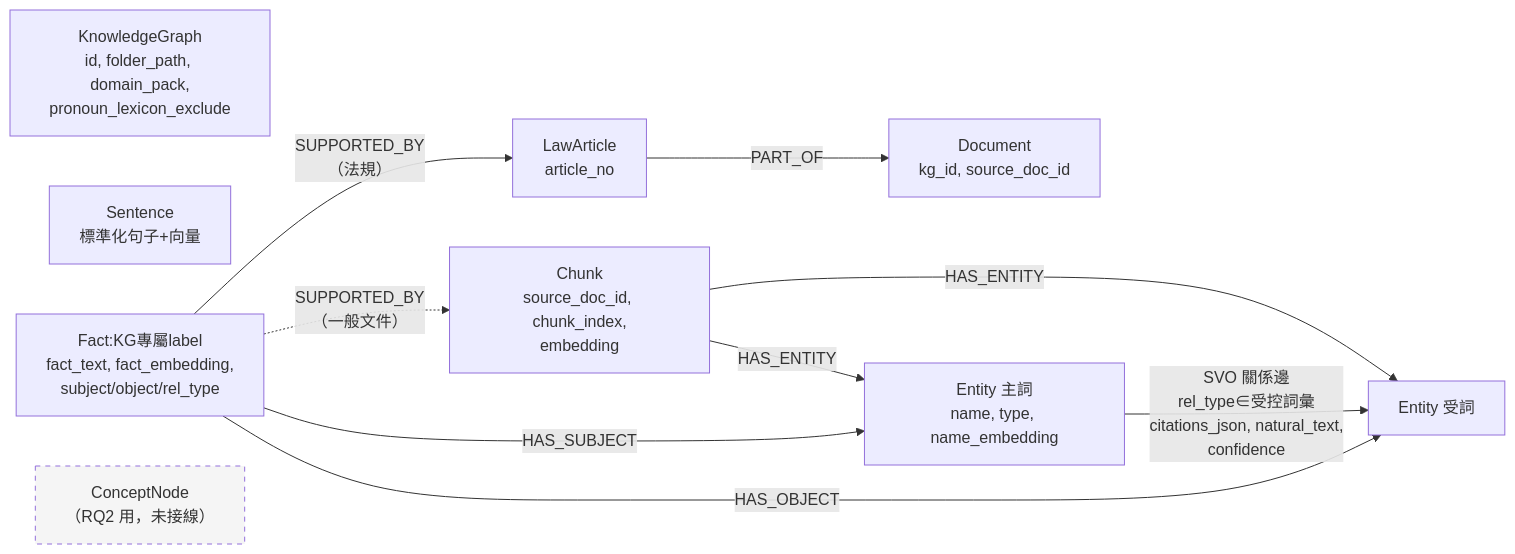
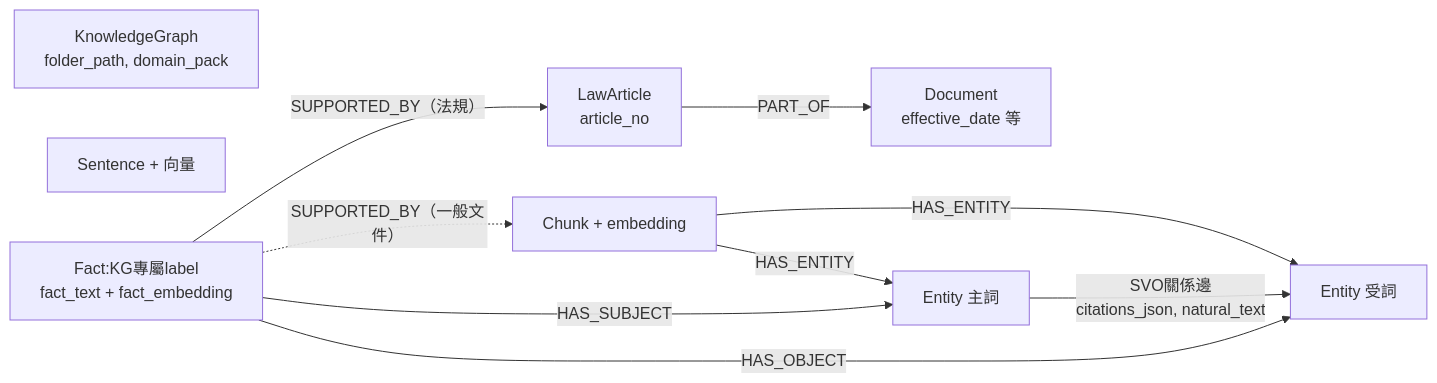
One commit to Chester930/world-knowledge-graph-rag changed the eighth of 13 diagrams in docs/報告/95_專案節點流程總覽與設計說明.md. Above: the diagram before and after it, drawn with Mermaid. The commit also changed other lines of this file and 1 other file, not shown here.

````diff
--- a/docs/報告/95_專案節點流程總覽與設計說明.md
+++ b/docs/報告/95_專案節點流程總覽與設計說明.md
@@ -314,23 +263,18 @@
 ```mermaid
 flowchart LR
-    KG["KnowledgeGraph<br/>id, folder_path, domain_pack,<br/>pronoun_lexicon_exclude"]
-    DOC["Document<br/>kg_id, source_doc_id"]
+    KG["KnowledgeGraph<br/>folder_path, domain_pack"]
+    DOC["Document<br/>effective_date 等"]
     ART["LawArticle<br/>article_no"]
-    CH["Chunk<br/>source_doc_id, chunk_index,<br/>embedding"]
-    SEN["Sentence<br/>標準化句子+向量"]
-    E1["Entity 主詞<br/>name, type, name_embedding"]
+    CH["Chunk + embedding"]
+    SEN["Sentence + 向量"]
+    E1["Entity 主詞"]
     E2["Entity 受詞"]
-    F["Fact:KG專屬label<br/>fact_text, fact_embedding,<br/>subject/object/rel_type"]
-    CN["ConceptNode<br/>（RQ2 用，未接線）"]:::stub
-
+    F["Fact:KG專屬label<br/>fact_text + fact_embedding"]
     ART -- PART_OF --> DOC
-    CH -- HAS_ENTITY --> E1
-    CH -- HAS_ENTITY --> E2
-    E1 -- "SVO 關係邊<br/>rel_type∈受控詞彙<br/>citations_json, natural_text,<br/>confidence" --> E2
+    CH -- HAS_ENTITY --> E1 & E2
+    E1 -- "SVO關係邊<br/>citations_json, natural_text" --> E2
     F -- HAS_SUBJECT --> E1
     F -- HAS_OBJECT --> E2
-    F -- "SUPPORTED_BY<br/>（法規）" --> ART
-    F -. "SUPPORTED_BY<br/>（一般文件）" .-> CH
-
-    classDef stub stroke-dasharray: 5 5,fill:#f5f5f5
+    F -- "SUPPORTED_BY（法規）" --> ART
+    F -. "SUPPORTED_BY（一般文件）" .-> CH
 ```
````
